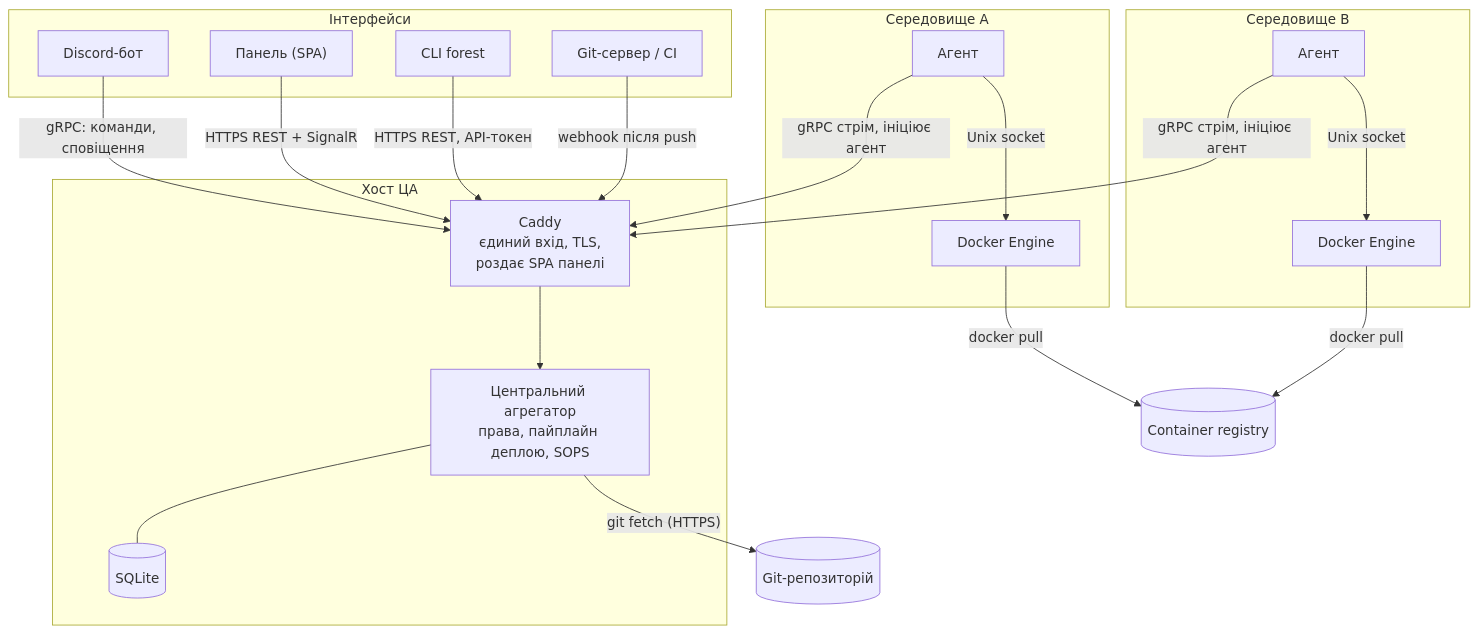
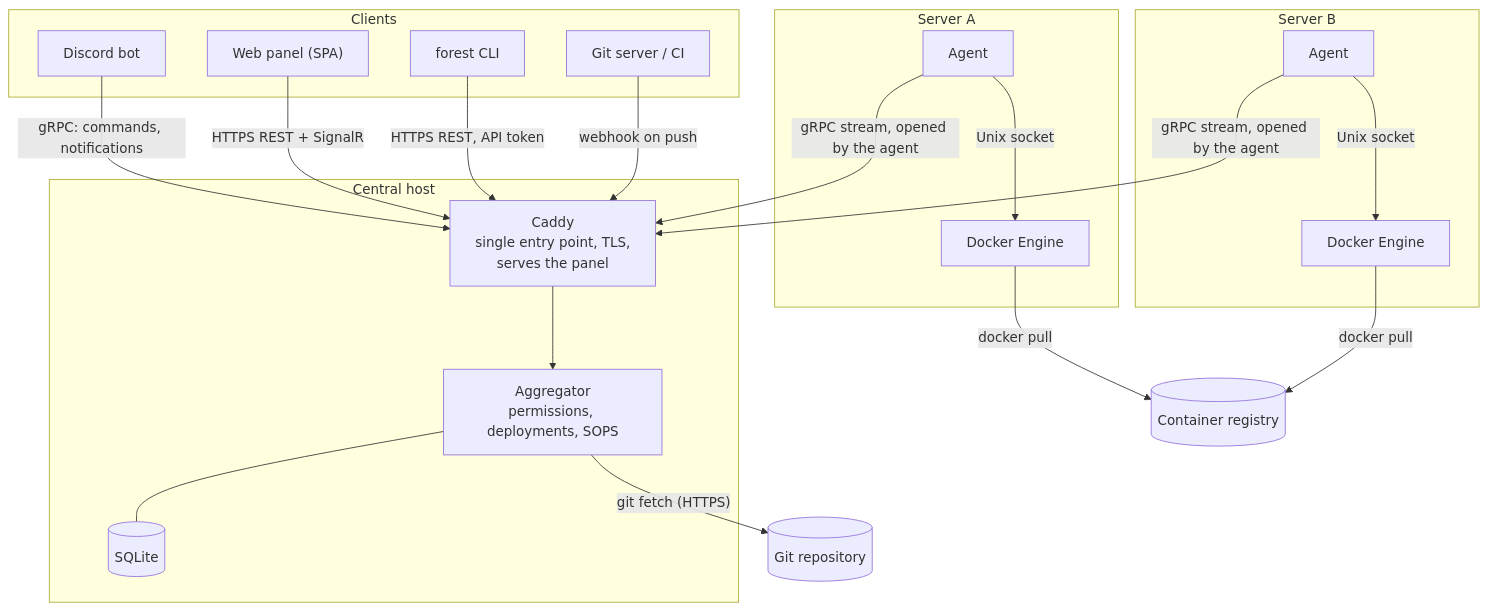
One commit to container-forest/container-forest changed the diagram in README.md. Above: the diagram before and after it, drawn with Mermaid. The commit also changed other lines of this file and 1 other file, not shown here.

````diff
--- a/README.md
+++ b/README.md
@@ -49,31 +45,31 @@
 ```mermaid
 flowchart TB
-  subgraph Clients["Інтерфейси"]
-    Bot["Discord-бот"]
-    UI["Панель (SPA)"]
-    Cli["CLI forest"]
-    Hooks["Git-сервер / CI"]
+  subgraph Clients["Clients"]
+    Bot["Discord bot"]
+    UI["Web panel (SPA)"]
+    Cli["forest CLI"]
+    Hooks["Git server / CI"]
   end
-  subgraph EnvB["Середовище B"]
-    EA2["Агент"] -->|"Unix socket"| D2["Docker Engine"]
+  subgraph EnvB["Server B"]
+    EA2["Agent"] -->|"Unix socket"| D2["Docker Engine"]
   end
-  subgraph EnvA["Середовище A"]
-    EA1["Агент"] -->|"Unix socket"| D1["Docker Engine"]
+  subgraph EnvA["Server A"]
+    EA1["Agent"] -->|"Unix socket"| D1["Docker Engine"]
   end
-  subgraph Host["Хост ЦА"]
-    Caddy["Caddy<br/>єдиний вхід, TLS,<br/>роздає SPA панелі"] --> CA["Центральний агрегатор<br/>права, пайплайн деплою, SOPS"]
+  subgraph Host["Central host"]
+    Caddy["Caddy<br/>single entry point, TLS,<br/>serves the panel"] --> CA["Aggregator<br/>permissions, deployments, SOPS"]
     CA --- DB[("SQLite")]
   end
-  Git[("Git-репозиторій")]
+  Git[("Git repository")]
   Reg[("Container registry")]
 
-  Bot -->|"gRPC: команди, сповіщення"| Caddy
+  Bot -->|"gRPC: commands, notifications"| Caddy
   UI -->|"HTTPS REST + SignalR"| Caddy
-  Cli -->|"HTTPS REST, API-токен"| Caddy
-  Hooks -->|"webhook після push"| Caddy
-  EA1 -->|"gRPC стрім, ініціює агент"| Caddy
-  EA2 -->|"gRPC стрім, ініціює агент"| Caddy
+  Cli -->|"HTTPS REST, API token"| Caddy
+  Hooks -->|"webhook on push"| Caddy
+  EA1 -->|"gRPC stream, opened by the agent"| Caddy
+  EA2 -->|"gRPC stream, opened by the agent"| Caddy
   CA -->|"git fetch (HTTPS)"| Git
   D1 -->|"docker pull"| Reg
   D2 -->|"docker pull"| Reg
 ```
````
